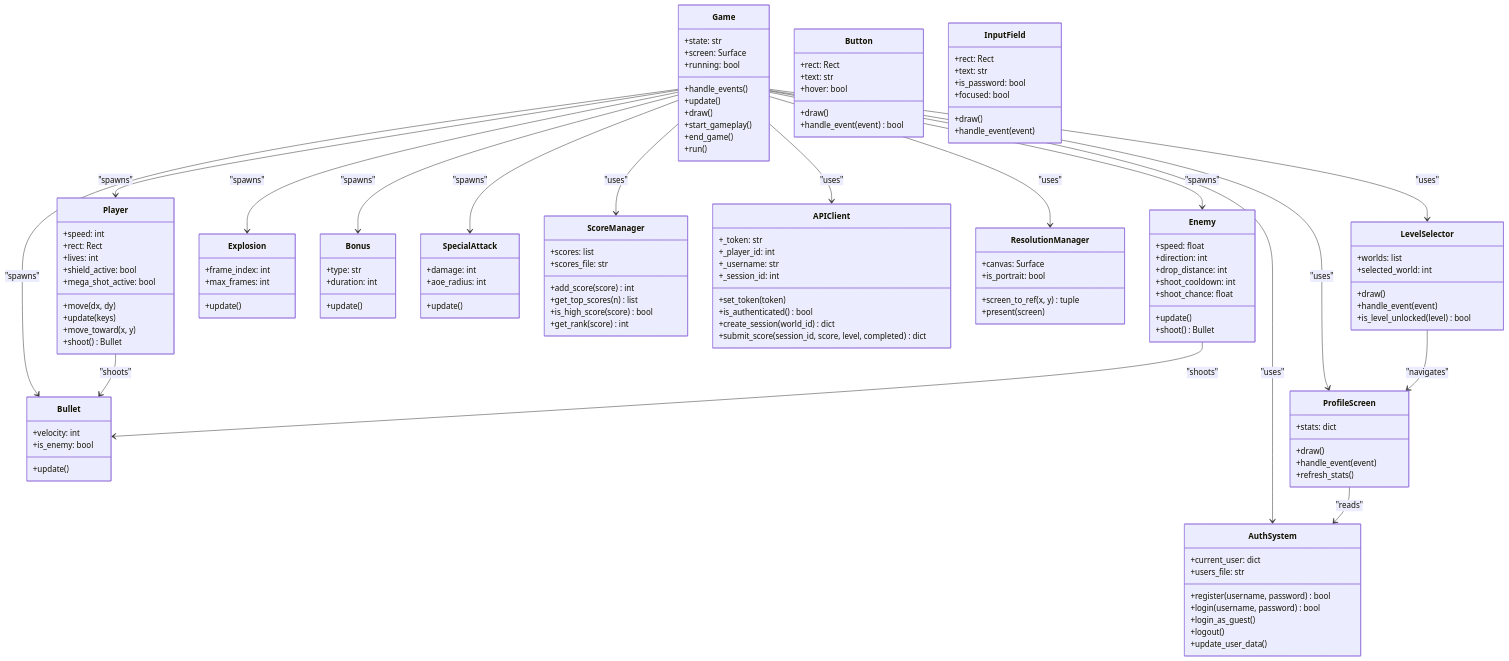
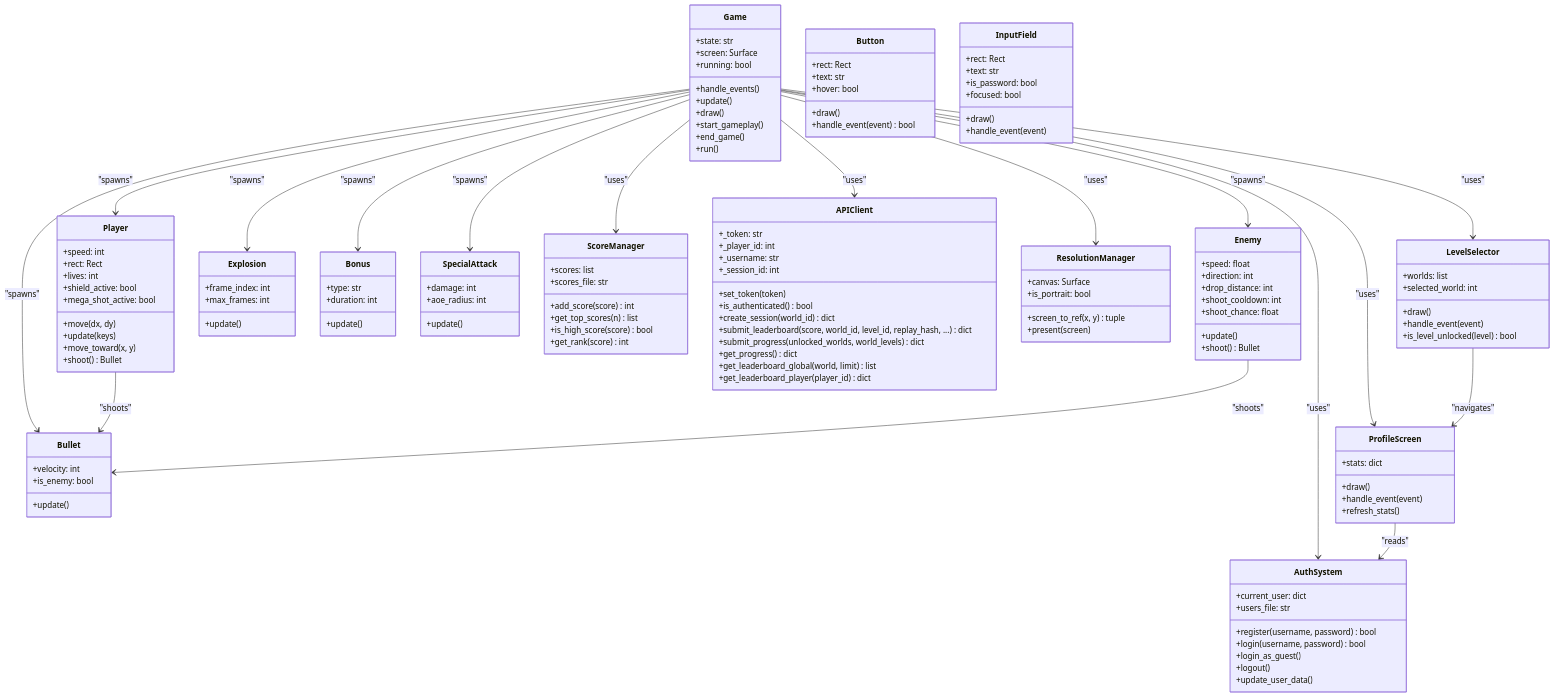
The third of 9 diagrams in STAGE3.md (hugou74130/SI3LN_Python), drawn with Mermaid before and after one commit. The commit also changed other lines of this file, not shown here.

Commit message:
feat: update technical documentation for ARCAD3X game client, including API endpoints and score submission process

```diff
--- a/STAGE3.md
+++ b/STAGE3.md
@@ -647,7 +693,11 @@
         +set_token(token)
         +is_authenticated() bool
         +create_session(world_id) dict
-        +submit_score(session_id, score, level, completed) dict
+        +submit_leaderboard(score, world_id, level_id, replay_hash, ...) dict
+        +submit_progress(unlocked_worlds, world_levels) dict
+        +get_progress() dict
+        +get_leaderboard_global(world, limit) list
+        +get_leaderboard_player(player_id) dict
     }
 
     class ResolutionManager {
```
